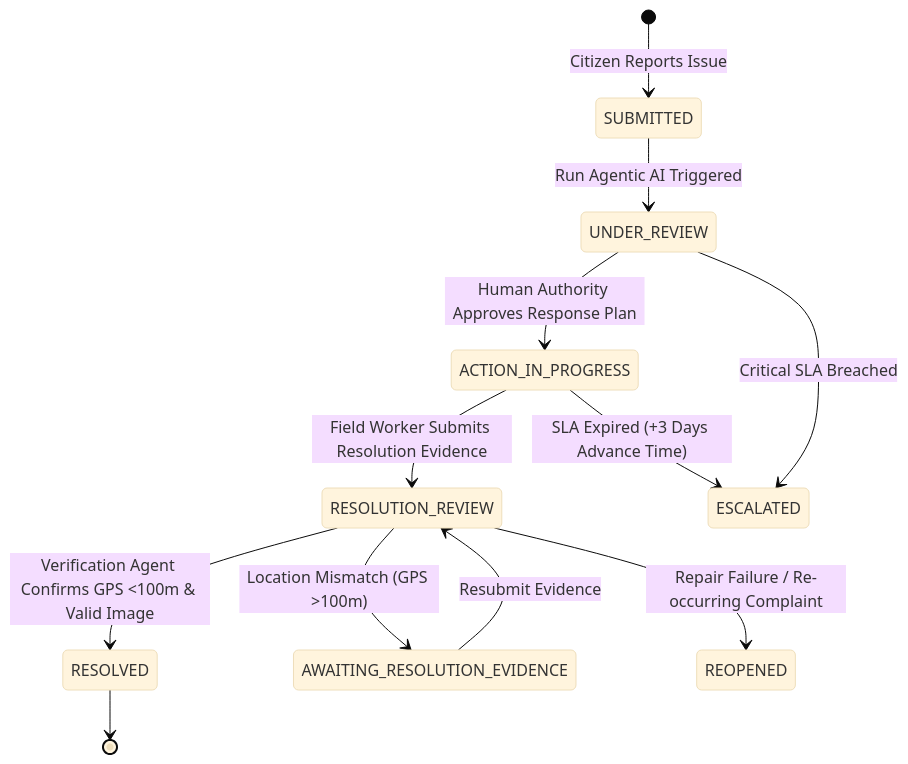
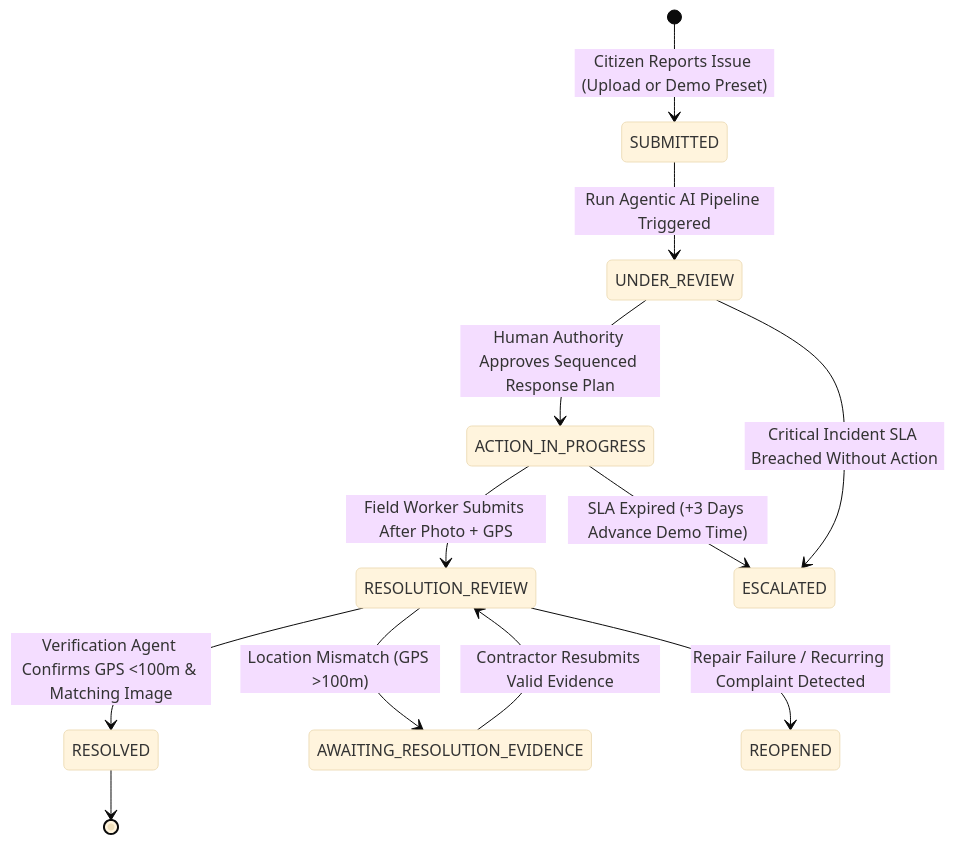
Before and after one commit to nikhilpuppalwar/OmniCivic-AI: the third of 4 diagrams in ARCHITECTURE.md, drawn with Mermaid (base theme). The commit also changed other lines of this file and 41 other files, not shown here.

````diff
--- a/ARCHITECTURE.md
+++ b/ARCHITECTURE.md
@@ -87,19 +135,19 @@
 ```mermaid
 stateDiagram-v2
-    [*] --> SUBMITTED: Citizen Reports Issue
-    SUBMITTED --> UNDER_REVIEW: Run Agentic AI Triggered
-    UNDER_REVIEW --> ACTION_IN_PROGRESS: Human Authority Approves Response Plan
+    [*] --> SUBMITTED: Citizen Reports Issue (Upload or Demo Preset)
+    SUBMITTED --> UNDER_REVIEW: Run Agentic AI Pipeline Triggered
+    UNDER_REVIEW --> ACTION_IN_PROGRESS: Human Authority Approves Sequenced Response Plan
     
-    ACTION_IN_PROGRESS --> RESOLUTION_REVIEW: Field Worker Submits Resolution Evidence
+    ACTION_IN_PROGRESS --> RESOLUTION_REVIEW: Field Worker Submits After Photo + GPS
     
-    RESOLUTION_REVIEW --> RESOLVED: Verification Agent Confirms GPS <100m & Valid Image
+    RESOLUTION_REVIEW --> RESOLVED: Verification Agent Confirms GPS <100m & Matching Image
     RESOLUTION_REVIEW --> AWAITING_RESOLUTION_EVIDENCE: Location Mismatch (GPS >100m)
-    RESOLUTION_REVIEW --> REOPENED: Repair Failure / Re-occurring Complaint
+    RESOLUTION_REVIEW --> REOPENED: Repair Failure / Recurring Complaint Detected
     
-    AWAITING_RESOLUTION_EVIDENCE --> RESOLUTION_REVIEW: Resubmit Evidence
+    AWAITING_RESOLUTION_EVIDENCE --> RESOLUTION_REVIEW: Contractor Resubmits Valid Evidence
     
-    ACTION_IN_PROGRESS --> ESCALATED: SLA Expired (+3 Days Advance Time)
-    UNDER_REVIEW --> ESCALATED: Critical SLA Breached
+    ACTION_IN_PROGRESS --> ESCALATED: SLA Expired (+3 Days Advance Demo Time)
+    UNDER_REVIEW --> ESCALATED: Critical Incident SLA Breached Without Action
     
     RESOLVED --> [*]
 ```
````
